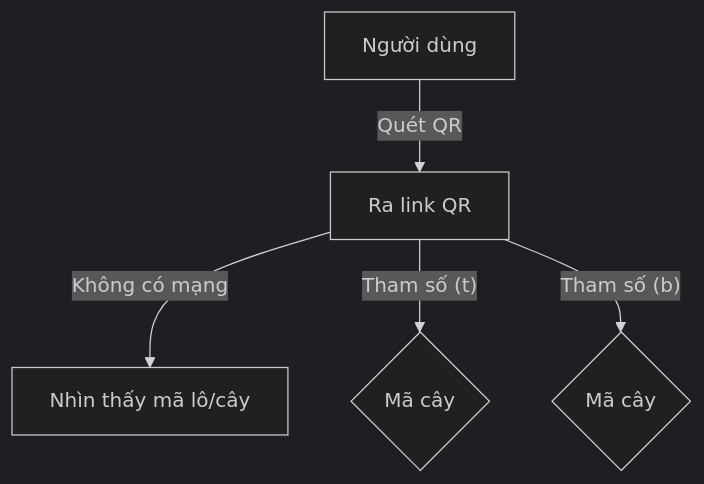
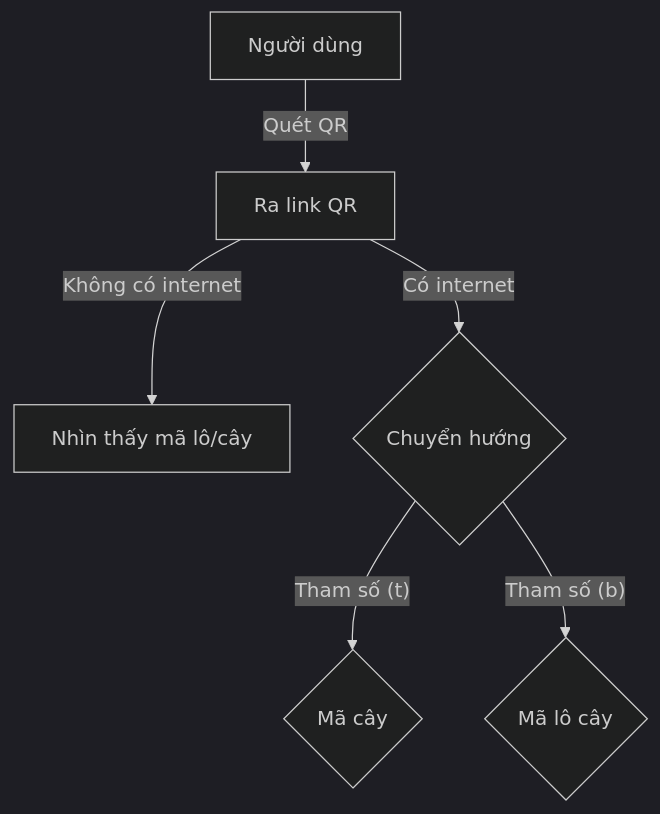
The diagram in docs/batch-check.md (trethanhphat/tre-thanh-phat-pwa-docs), drawn with Mermaid (dark theme) before and after one commit.

````diff
--- a/docs/batch-check.md
+++ b/docs/batch-check.md
@@ -1,7 +1,7 @@
 ```mermaid
 flowchart TD
-USER["Người dùng"] --> |"Quét QR"| QR-LINK["Ra link QR"] --> |"Không có mạng"| DISPLAY["Nhìn thấy mã lô/cây"]
-
-QR-LINK -->|"Tham số (t)"| TREE-CODE{Mã cây}
-QR-LINK -->|"Tham số (b)"| BRANCH-CODE{Mã cây}
+USER["Người dùng"] --> |"Quét QR"| QR-LINK["Ra link QR"] --> |"Không có internet"| DISPLAY["Nhìn thấy mã lô/cây"]
+QR-LINK -->|"Có internet"| REDIRECT{"Chuyển hướng"}
+REDIRECT -->|"Tham số (t)"| TREE-CODE{Mã cây}
+REDIRECT -->|"Tham số (b)"| BRANCH-CODE{Mã lô cây}
 ```
````
